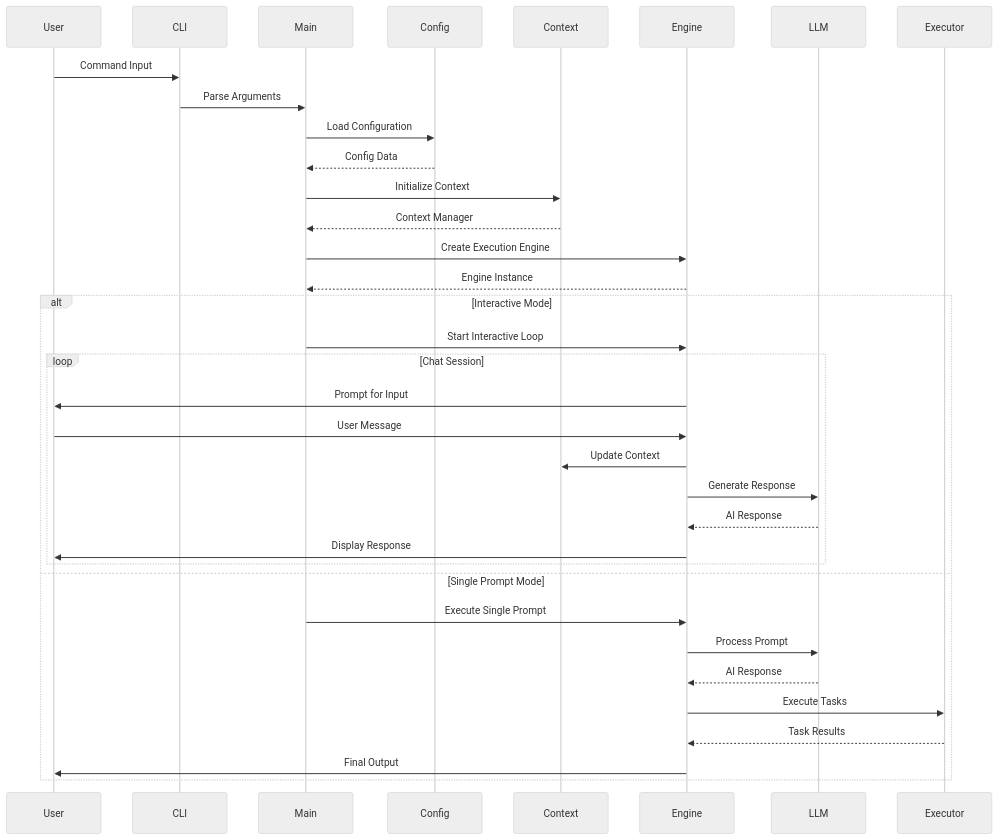
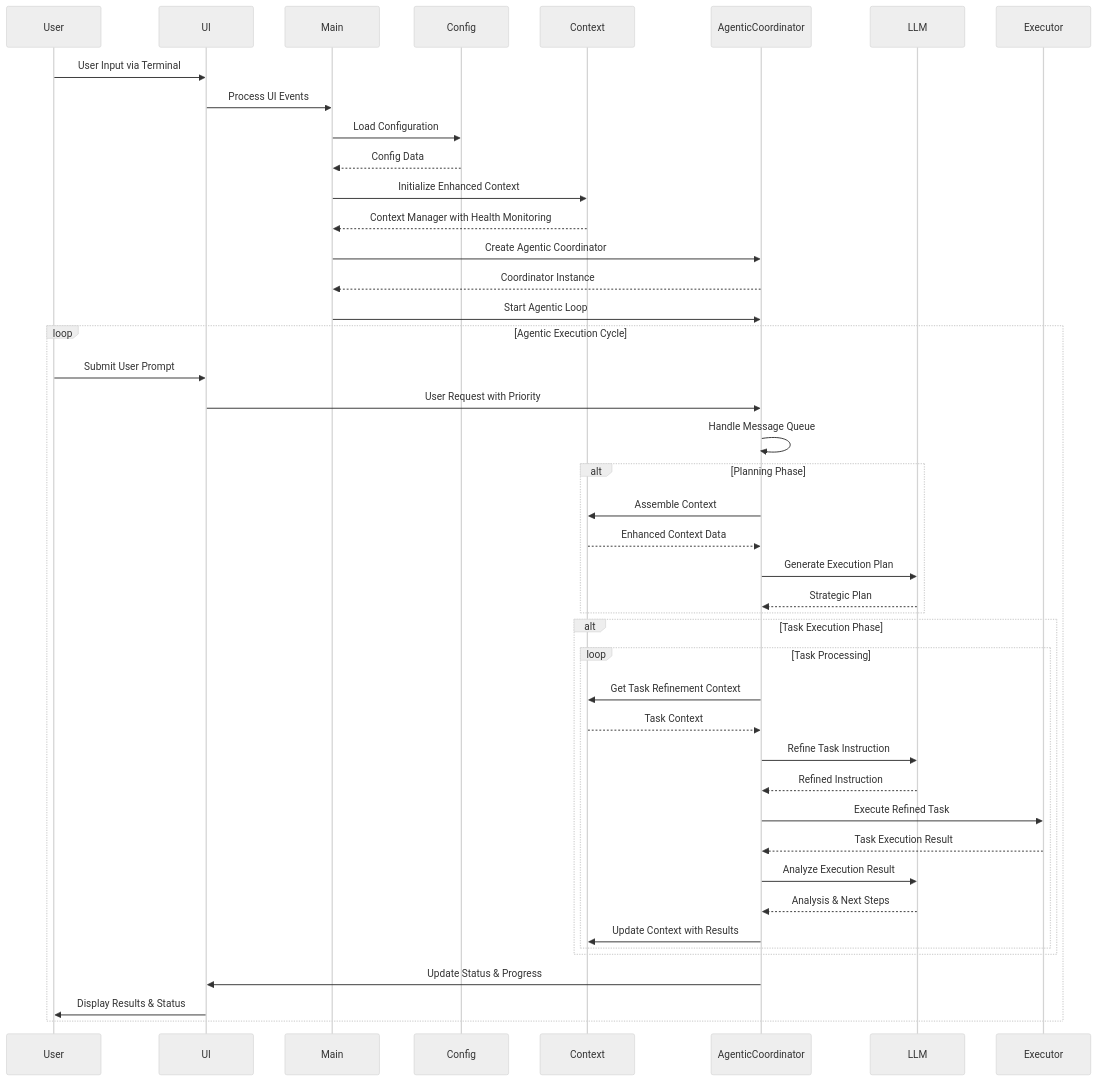
One commit to ReOpsIL/KAIX changed the first of 6 diagrams in docs/data-flow-diagram.md. Above: the diagram before and after it, drawn with Mermaid (neutral theme). The commit also changed other lines of this file and 12 other files, not shown here.

````diff
--- a/docs/data-flow-diagram.md
+++ b/docs/data-flow-diagram.md
@@ -7,39 +7,52 @@
 ```mermaid
 sequenceDiagram
     participant User
-    participant CLI
+    participant UI
     participant Main
     participant Config
     participant Context
-    participant Engine
+    participant AgenticCoordinator
     participant LLM
     participant Executor
     
-    User->>CLI: Command Input
-    CLI->>Main: Parse Arguments
+    User->>UI: User Input via Terminal
+    UI->>Main: Process UI Events
     Main->>Config: Load Configuration
     Config-->>Main: Config Data
-    Main->>Context: Initialize Context
-    Context-->>Main: Context Manager
-    Main->>Engine: Create Execution Engine
-    Engine-->>Main: Engine Instance
+    Main->>Context: Initialize Enhanced Context
+    Context-->>Main: Context Manager with Health Monitoring
+    Main->>AgenticCoordinator: Create Agentic Coordinator
+    AgenticCoordinator-->>Main: Coordinator Instance
     
-    alt Interactive Mode
-        Main->>Engine: Start Interactive Loop
-        loop Chat Session
-            Engine->>User: Prompt for Input
-            User->>Engine: User Message
-            Engine->>Context: Update Context
-            Engine->>LLM: Generate Response
-            LLM-->>Engine: AI Response
-            Engine->>User: Display Response
+    Main->>AgenticCoordinator: Start Agentic Loop
+    
+    loop Agentic Execution Cycle
+        User->>UI: Submit User Prompt
+        UI->>AgenticCoordinator: User Request with Priority
+        AgenticCoordinator->>AgenticCoordinator: Handle Message Queue
+        
+        alt Planning Phase
+            AgenticCoordinator->>Context: Assemble Context
+            Context-->>AgenticCoordinator: Enhanced Context Data
+            AgenticCoordinator->>LLM: Generate Execution Plan
+            LLM-->>AgenticCoordinator: Strategic Plan
         end
-    else Single Prompt Mode
-        Main->>Engine: Execute Single Prompt
-        Engine->>LLM: Process Prompt
-        LLM-->>Engine: AI Response
-        Engine->>Executor: Execute Tasks
-        Executor-->>Engine: Task Results
-        Engine->>User: Final Output
+        
+        alt Task Execution Phase
+            loop Task Processing
+                AgenticCoordinator->>Context: Get Task Refinement Context
+                Context-->>AgenticCoordinator: Task Context
+                AgenticCoordinator->>LLM: Refine Task Instruction
+                LLM-->>AgenticCoordinator: Refined Instruction
+                AgenticCoordinator->>Executor: Execute Refined Task
+                Executor-->>AgenticCoordinator: Task Execution Result
+                AgenticCoordinator->>LLM: Analyze Execution Result
+                LLM-->>AgenticCoordinator: Analysis & Next Steps
+                AgenticCoordinator->>Context: Update Context with Results
+            end
+        end
+        
+        AgenticCoordinator->>UI: Update Status & Progress
+        UI->>User: Display Results & Status
     end
 ```
````
